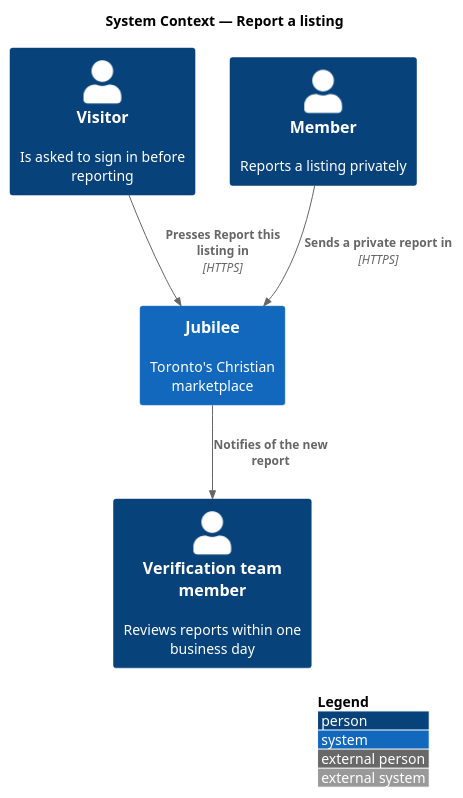
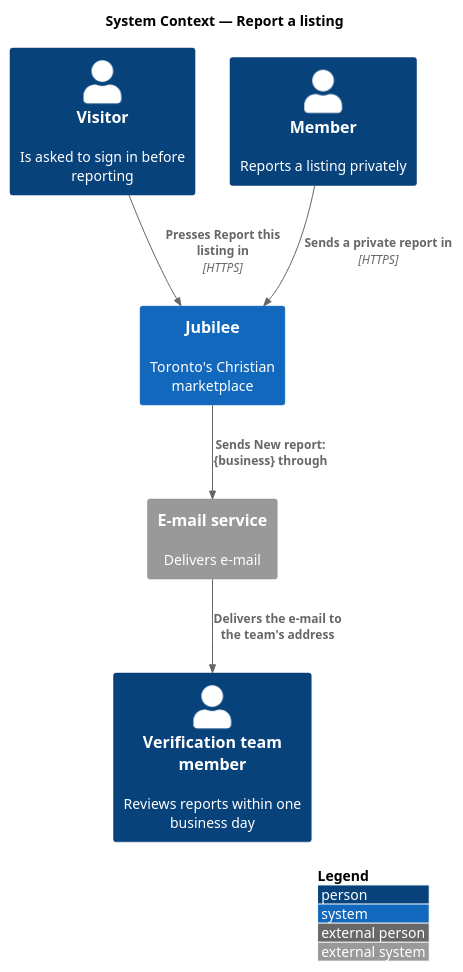
One commit to QuinntyneBrown/jubilee changed the diagram in docs/detailed-designs/listings/report-listing/diagrams/c4-context.puml. Above: the diagram before and after it, drawn with PlantUML. The commit also changed 25 other files, not shown here.

First line of the commit message:
Requirements, designs and ADR 0055 for finishing journey 21: crawler routing of shared links, og-image.png, and the team's e-mail of a report

```diff
--- a/docs/detailed-designs/listings/report-listing/diagrams/c4-context.puml
+++ b/docs/detailed-designs/listings/report-listing/diagrams/c4-context.puml
@@ -1,14 +1,16 @@
 @startuml
 !include <C4/C4_Context>
 LAYOUT_WITH_LEGEND()
 title System Context — Report a listing
 
 Person(visitor, "Visitor", "Is asked to sign in before reporting")
 Person(member, "Member", "Reports a listing privately")
 Person(verifier, "Verification team member", "Reviews reports within one business day")
 System(jubilee, "Jubilee", "Toronto's Christian marketplace")
+System_Ext(mail, "E-mail service", "Delivers e-mail")
 
 Rel(visitor, jubilee, "Presses Report this listing in", "HTTPS")
 Rel(member, jubilee, "Sends a private report in", "HTTPS")
-Rel(jubilee, verifier, "Notifies of the new report")
+Rel(jubilee, mail, "Sends New report: {business} through")
+Rel(mail, verifier, "Delivers the e-mail to the team's address")
 @enduml
```
